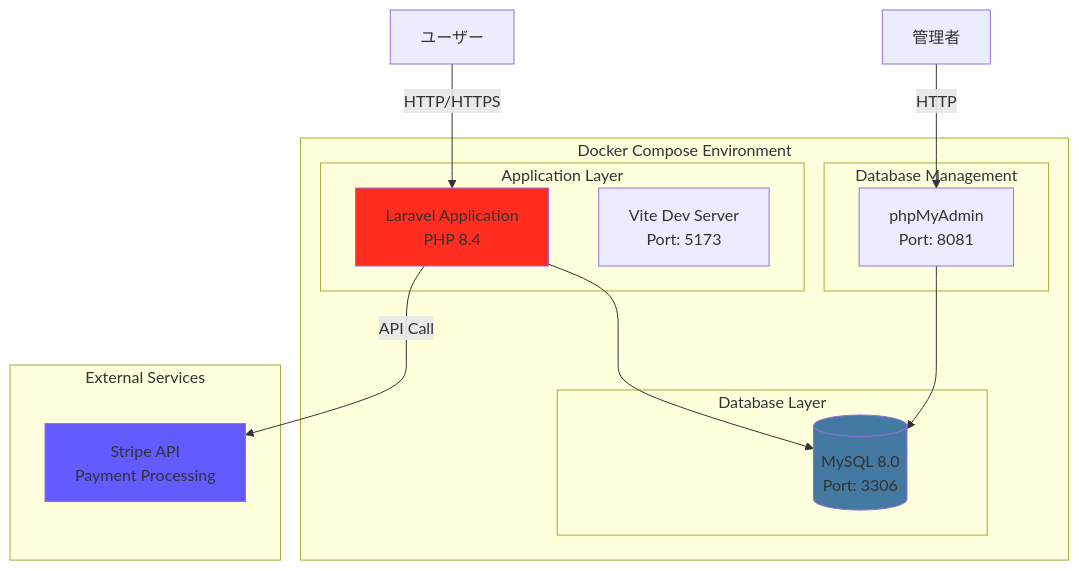
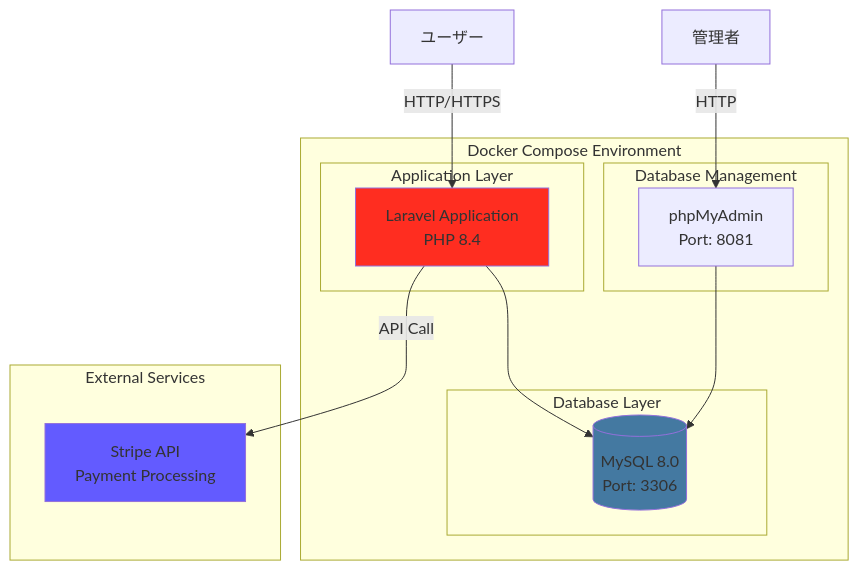
The second of 2 diagrams in README.md (NNNNTTT/ec-site), drawn with Mermaid before and after one commit.

Commit message:
251213 READMEファイルを変更

````diff
--- a/README.md
+++ b/README.md
@@ -290,32 +290,31 @@
 ```mermaid
 graph TB
     subgraph "Docker Compose Environment"
         subgraph "Application Layer"
             Laravel[Laravel Application<br/>PHP 8.4]
-            Vite[Vite Dev Server<br/>Port: 5173]
         end
         
         subgraph "Database Layer"
             MySQL[(MySQL 8.0<br/>Port: 3306)]
         end
         
         subgraph "Database Management"
             phpMyAdmin[phpMyAdmin<br/>Port: 8081]
         end
         
     end
     
     subgraph "External Services"
         Stripe[Stripe API<br/>Payment Processing]
     end
     
     User[ユーザー] -->|HTTP/HTTPS| Laravel
     Laravel --> MySQL
     Laravel -->|API Call| Stripe
     Admin[管理者] -->|HTTP| phpMyAdmin
     phpMyAdmin --> MySQL
     
     style Laravel fill:#ff2d20
     style MySQL fill:#4479a1
     style Stripe fill:#635bff
 ```
````
